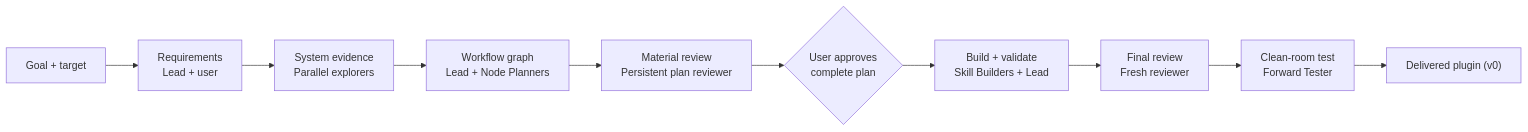
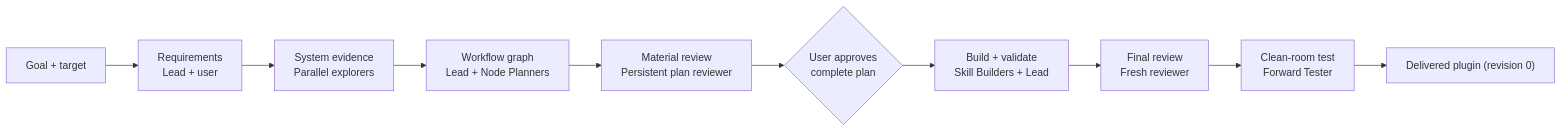
Before and after one commit to jinhuang12/pave: the diagram in README.md, drawn with Mermaid. The commit also changed 52 other files, not shown here.

First line of the commit message:
pave-init 2.5.0: pave-evolve skill, updater/reviewer seats, append-only revision ledger, graph edit guard

````diff
--- a/README.md
+++ b/README.md
@@ -131,12 +131,12 @@
 ```mermaid
 flowchart LR
     GOAL["Goal + target"] --> REQUIREMENTS["Requirements<br/>Lead + user"]
     REQUIREMENTS --> EXPLORE["System evidence<br/>Parallel explorers"]
     EXPLORE --> PLAN["Workflow graph<br/>Lead + Node Planners"]
     PLAN --> REVIEW["Material review<br/>Persistent plan reviewer"]
     REVIEW --> APPROVAL{"User approves<br/>complete plan"}
     APPROVAL --> BUILD["Build + validate<br/>Skill Builders + Lead"]
     BUILD --> FINALREVIEW["Final review<br/>Fresh reviewer"]
     FINALREVIEW --> TEST["Clean-room test<br/>Forward Tester"]
-    TEST --> DONE["Delivered plugin (v0)"]
+    TEST --> DONE["Delivered plugin (revision 0)"]
 ```
````
